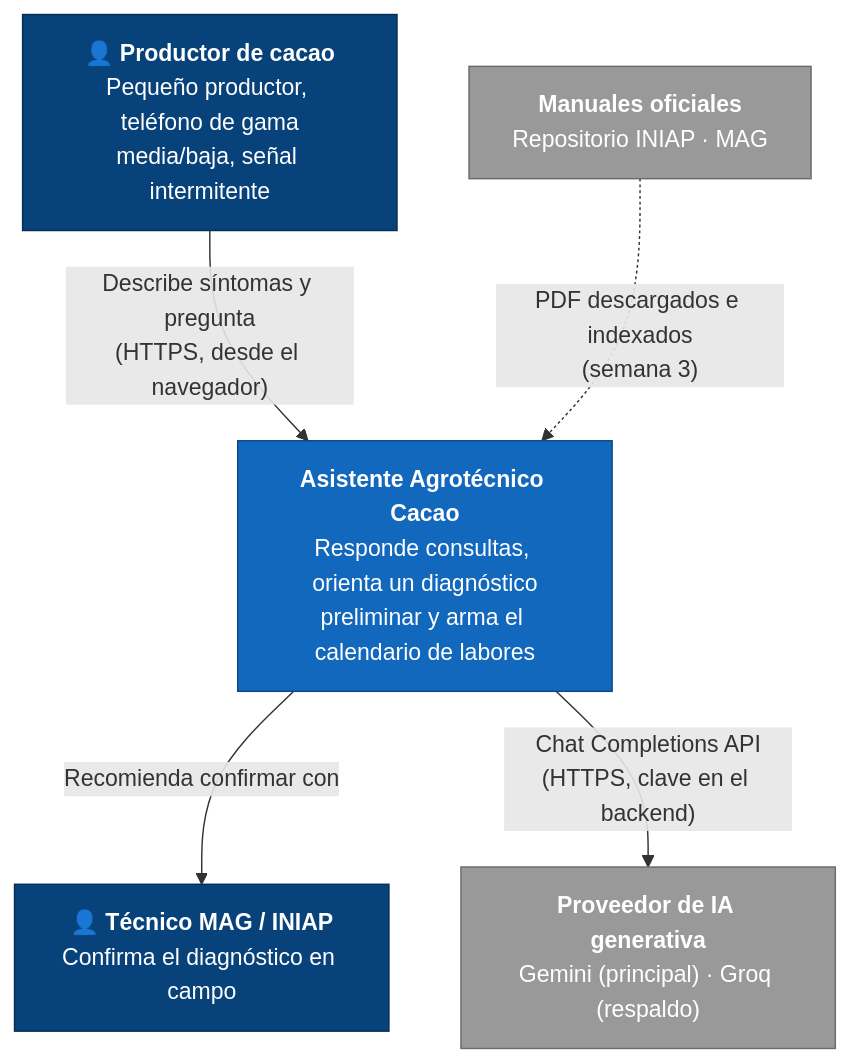
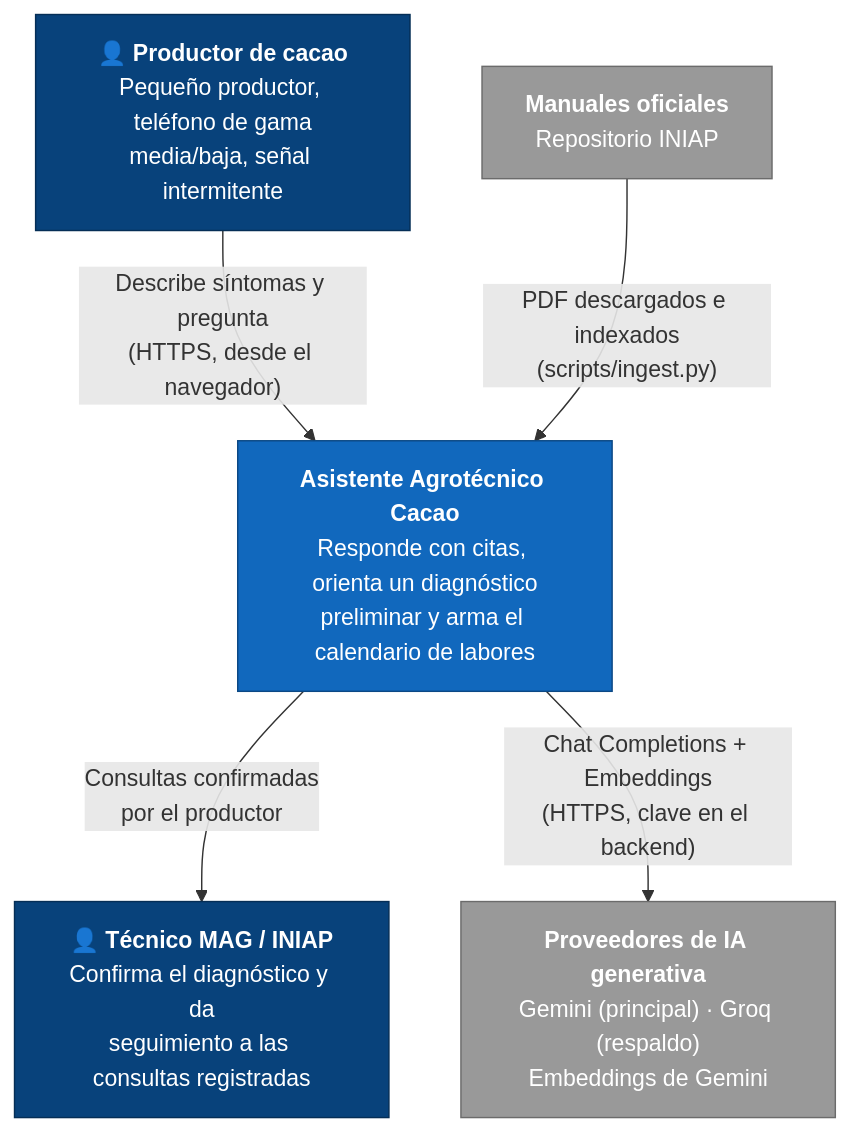
Before and after one commit to AokingDev/Asistente_Productores_Cacao: the first of 4 diagrams in docs/03-arquitectura.md, drawn with Mermaid. The commit also changed other lines of this file and 2 other files, not shown here.

Commit message:
feat: actualizar la arquitectura del sistema y agregar decisiones de diseño para la fragmentación y búsqueda híbrida

````diff
--- a/docs/03-arquitectura.md
+++ b/docs/03-arquitectura.md
@@ -12,20 +10,20 @@
 ```mermaid
 flowchart TB
     productor["👤 <b>Productor de cacao</b><br/>Pequeño productor, teléfono de gama<br/>media/baja, señal intermitente"]
-    tecnico["👤 <b>Técnico MAG / INIAP</b><br/>Confirma el diagnóstico en campo"]
-    sistema["<b>Asistente Agrotécnico Cacao</b><br/>Responde consultas, orienta un diagnóstico<br/>preliminar y arma el calendario de labores"]
-    llm["<b>Proveedor de IA generativa</b><br/>Gemini (principal) · Groq (respaldo)"]
-    manuales["<b>Manuales oficiales</b><br/>Repositorio INIAP · MAG"]
+    tecnico["👤 <b>Técnico MAG / INIAP</b><br/>Confirma el diagnóstico y da<br/>seguimiento a las consultas registradas"]
+    sistema["<b>Asistente Agrotécnico Cacao</b><br/>Responde con citas, orienta un diagnóstico<br/>preliminar y arma el calendario de labores"]
+    llm["<b>Proveedores de IA generativa</b><br/>Gemini (principal) · Groq (respaldo)<br/>Embeddings de Gemini"]
+    manuales["<b>Manuales oficiales</b><br/>Repositorio INIAP"]
 
     productor -- "Describe síntomas y pregunta<br/>(HTTPS, desde el navegador)" --> sistema
-    sistema -- "Recomienda confirmar con" --> tecnico
-    sistema -- "Chat Completions API<br/>(HTTPS, clave en el backend)" --> llm
-    manuales -. "PDF descargados e indexados<br/>(semana 3)" .-> sistema
+    sistema -- "Consultas confirmadas<br/>por el productor" --> tecnico
+    sistema -- "Chat Completions + Embeddings<br/>(HTTPS, clave en el backend)" --> llm
+    manuales -- "PDF descargados e indexados<br/>(scripts/ingest.py)" --> sistema
 
     classDef persona fill:#08427b,color:#fff,stroke:#052e56
     classDef sist fill:#1168bd,color:#fff,stroke:#0b4884
     classDef ext fill:#999,color:#fff,stroke:#6b6b6b
     class productor,tecnico persona
     class sistema sist
     class llm,manuales ext
 ```
````
